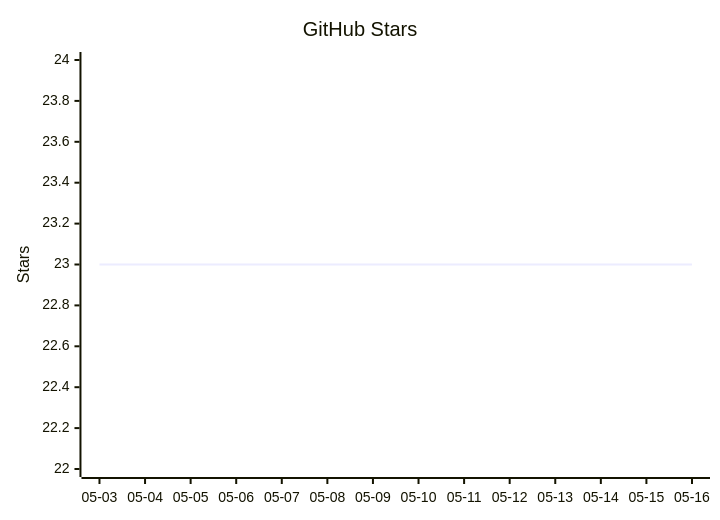
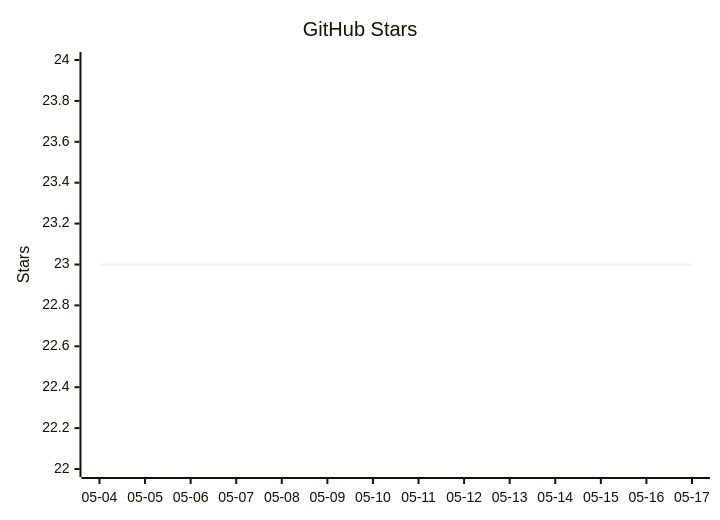
Before and after one commit to vectie/moonclaw: the diagram in README.mbt.md, drawn with Mermaid. The commit also changed other lines of this file and 1 other file, not shown here.

Commit message:
Update README star growth

````diff
--- a/README.mbt.md
+++ b/README.mbt.md
@@ -489,7 +489,7 @@
 ```mermaid
 xychart-beta
     title "GitHub Stars"
-    x-axis ["05-03","05-04","05-05","05-06","05-07","05-08","05-09","05-10","05-11","05-12","05-13","05-14","05-15","05-16"]
+    x-axis ["05-04","05-05","05-06","05-07","05-08","05-09","05-10","05-11","05-12","05-13","05-14","05-15","05-16","05-17"]
     y-axis "Stars" 22 --> 24
     line [23,23,23,23,23,23,23,23,23,23,23,23,23,23]
 ```
````
